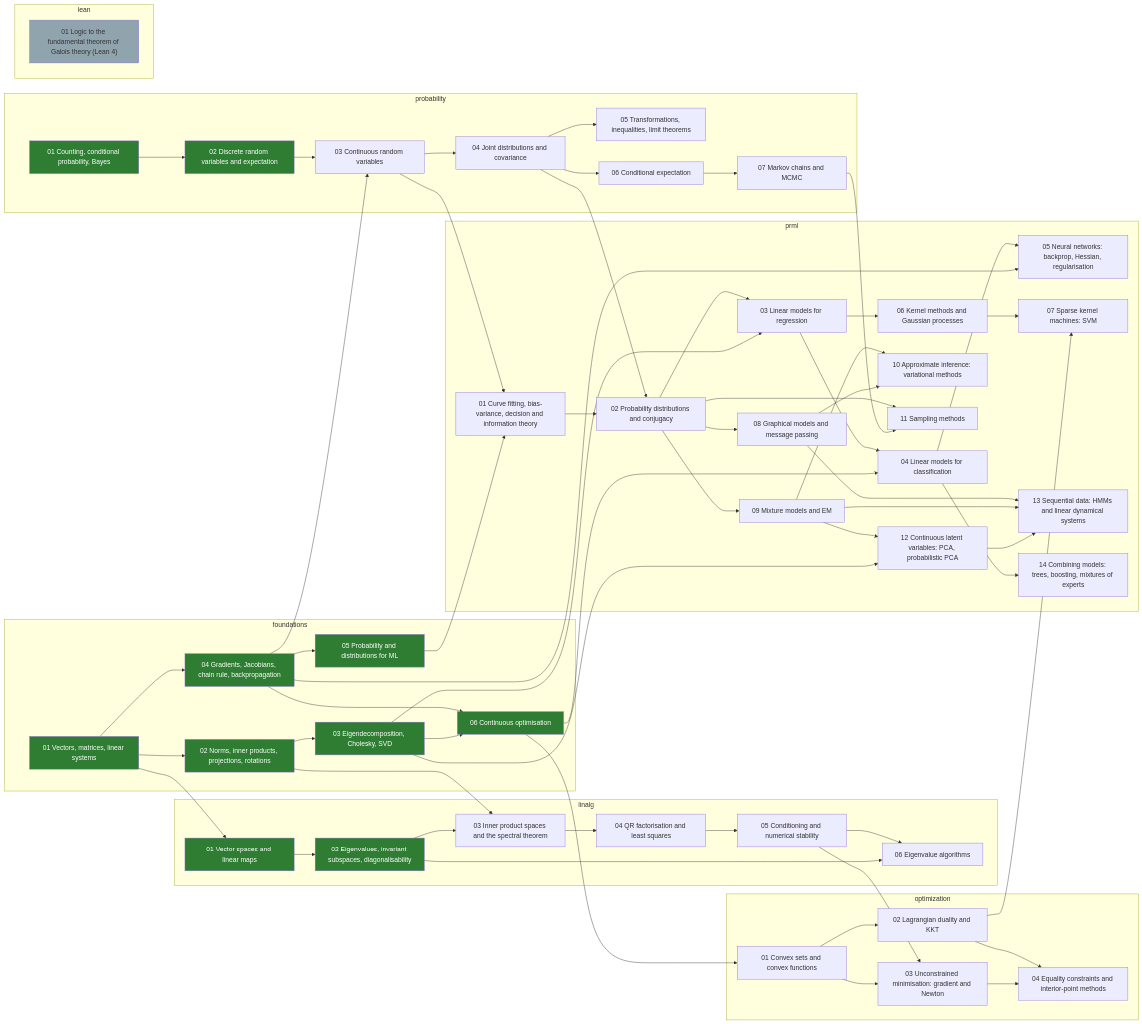
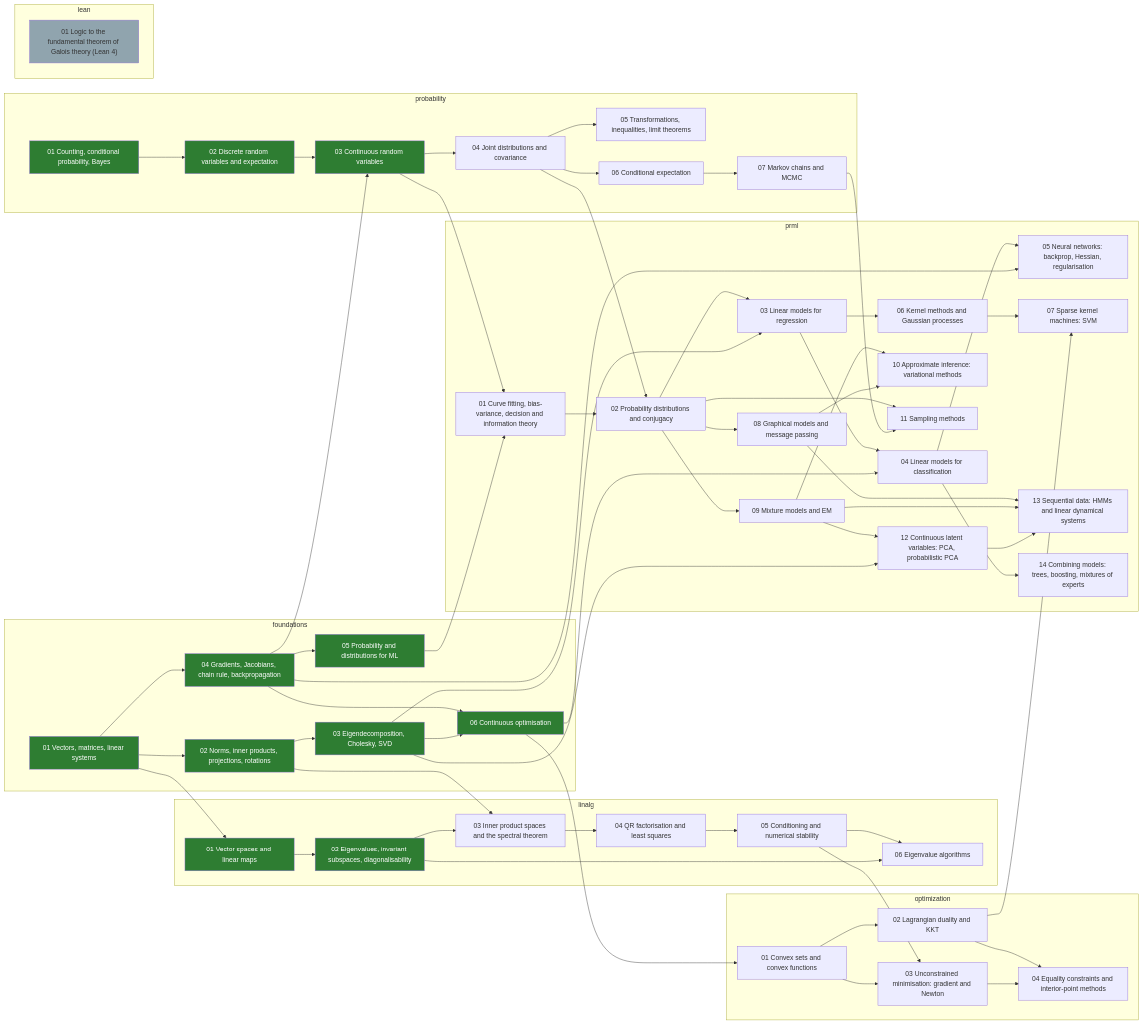
The diagram in skill-tree/README.md (alektebel/learn-stuff-from-scratch), drawn with Mermaid before and after one commit. The commit also changed other lines of this file and 8 other files, not shown here.

First line of the commit message:
math: build probability-03-continuous

```diff
--- a/skill-tree/README.md
+++ b/skill-tree/README.md
@@ -88,7 +88,7 @@
   subgraph probability
     probability-01-counting-conditioning["01 Counting, conditional probability, Bayes"]:::done
     probability-02-random-variables["02 Discrete random variables and expectation"]:::done
-    probability-03-continuous["03 Continuous random variables"]
+    probability-03-continuous["03 Continuous random variables"]:::done
     probability-04-joint["04 Joint distributions and covariance"]
     probability-05-limits-inequalities["05 Transformations, inequalities, limit theorems"]
     probability-06-conditional-expectation["06 Conditional expectation"]
```
